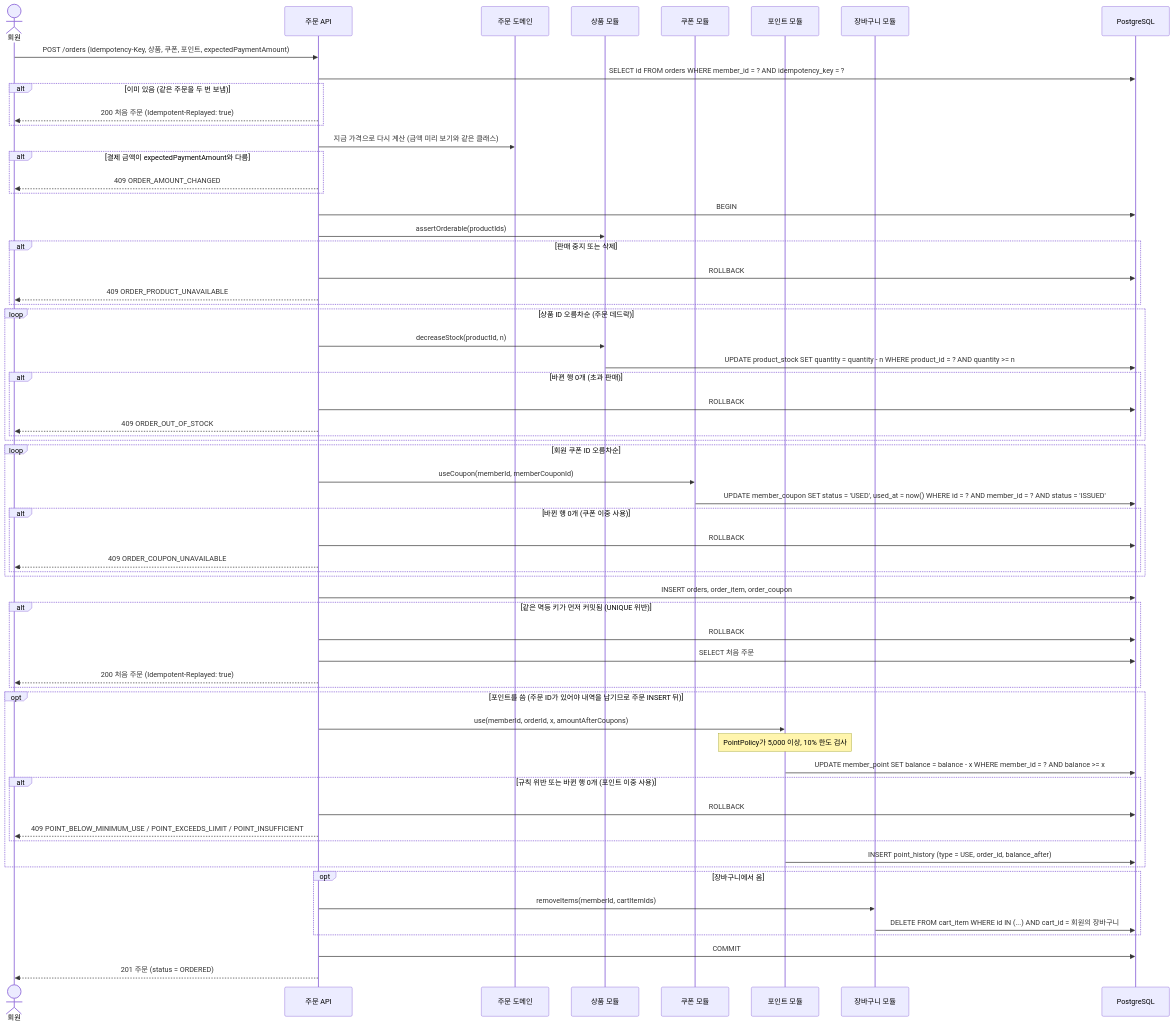
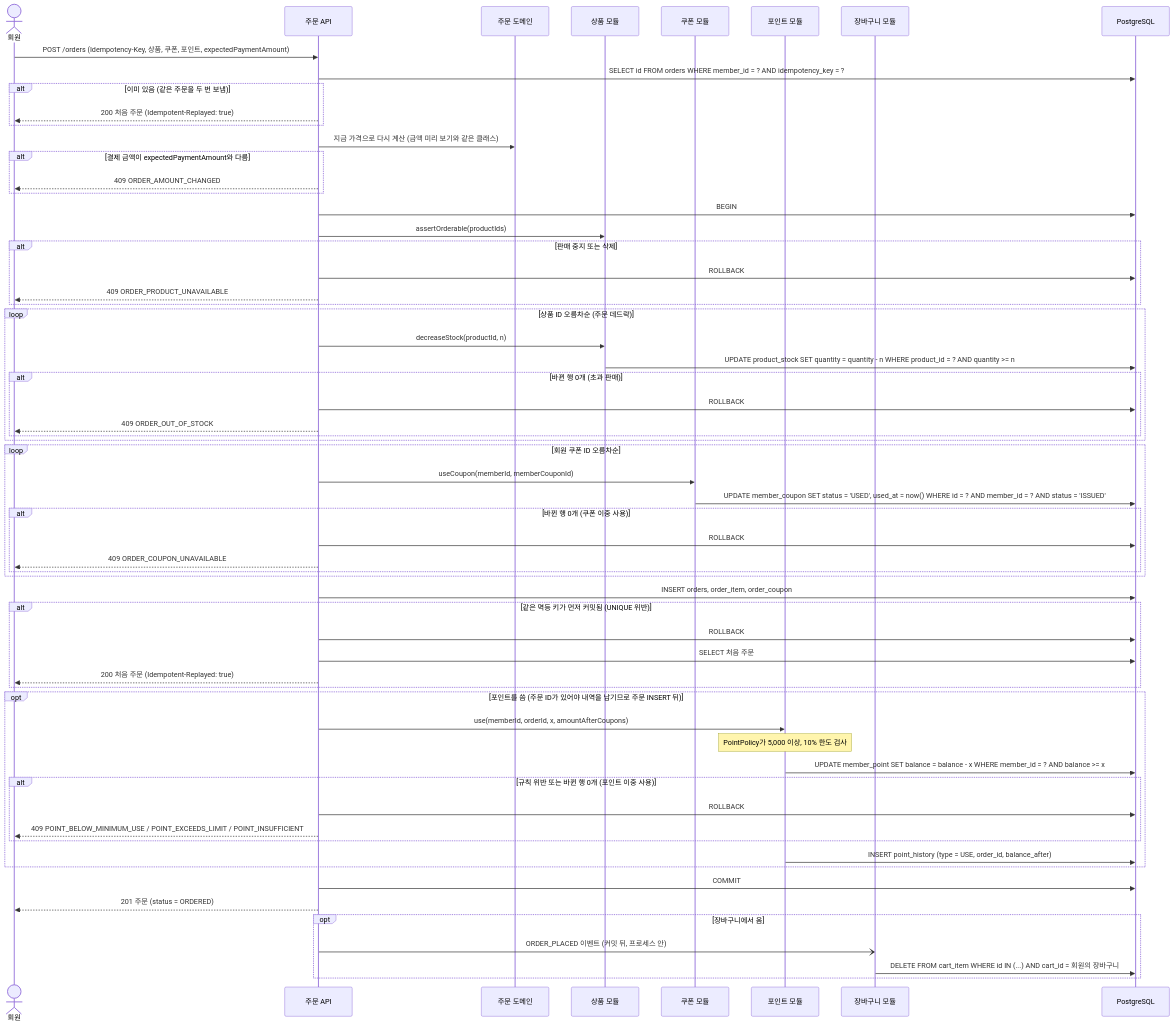
The third of 9 diagrams in docs/features/order/flows.md (KAPUIST/flash-gate), drawn with Mermaid before and after one commit. The commit also changed other lines of this file and 14 other files, not shown here.

````diff
--- a/docs/features/order/flows.md
+++ b/docs/features/order/flows.md
@@ -75,65 +75,65 @@
 ```mermaid
 sequenceDiagram
     actor U as 회원
     participant O as 주문 API
     participant D as 주문 도메인
     participant P as 상품 모듈
     participant CP as 쿠폰 모듈
     participant PT as 포인트 모듈
     participant C as 장바구니 모듈
     participant DB as PostgreSQL
 
     U->>O: POST /orders (Idempotency-Key, 상품, 쿠폰, 포인트, expectedPaymentAmount)
     O->>DB: SELECT id FROM orders WHERE member_id = ? AND idempotency_key = ?
     alt 이미 있음 (같은 주문을 두 번 보냄)
         O-->>U: 200 처음 주문 (Idempotent-Replayed: true)
     end
     O->>D: 지금 가격으로 다시 계산 (금액 미리 보기와 같은 클래스)
     alt 결제 금액이 expectedPaymentAmount와 다름
         O-->>U: 409 ORDER_AMOUNT_CHANGED
     end
     O->>DB: BEGIN
     O->>P: assertOrderable(productIds)
     alt 판매 중지 또는 삭제
         O->>DB: ROLLBACK
         O-->>U: 409 ORDER_PRODUCT_UNAVAILABLE
     end
     loop 상품 ID 오름차순 (주문 데드락)
         O->>P: decreaseStock(productId, n)
         P->>DB: UPDATE product_stock SET quantity = quantity - n WHERE product_id = ? AND quantity >= n
         alt 바뀐 행 0개 (초과 판매)
             O->>DB: ROLLBACK
             O-->>U: 409 ORDER_OUT_OF_STOCK
         end
     end
     loop 회원 쿠폰 ID 오름차순
         O->>CP: useCoupon(memberId, memberCouponId)
         CP->>DB: UPDATE member_coupon SET status = 'USED', used_at = now() WHERE id = ? AND member_id = ? AND status = 'ISSUED'
         alt 바뀐 행 0개 (쿠폰 이중 사용)
             O->>DB: ROLLBACK
             O-->>U: 409 ORDER_COUPON_UNAVAILABLE
         end
     end
     O->>DB: INSERT orders, order_item, order_coupon
     alt 같은 멱등 키가 먼저 커밋됨 (UNIQUE 위반)
         O->>DB: ROLLBACK
         O->>DB: SELECT 처음 주문
         O-->>U: 200 처음 주문 (Idempotent-Replayed: true)
     end
     opt 포인트를 씀 (주문 ID가 있어야 내역을 남기므로 주문 INSERT 뒤)
         O->>PT: use(memberId, orderId, x, amountAfterCoupons)
         Note over PT: PointPolicy가 5,000 이상, 10% 한도 검사
         PT->>DB: UPDATE member_point SET balance = balance - x WHERE member_id = ? AND balance >= x
         alt 규칙 위반 또는 바뀐 행 0개 (포인트 이중 사용)
             O->>DB: ROLLBACK
             O-->>U: 409 POINT_BELOW_MINIMUM_USE / POINT_EXCEEDS_LIMIT / POINT_INSUFFICIENT
         end
         PT->>DB: INSERT point_history (type = USE, order_id, balance_after)
     end
+    O->>DB: COMMIT
+    O-->>U: 201 주문 (status = ORDERED)
     opt 장바구니에서 옴
-        O->>C: removeItems(memberId, cartItemIds)
+        O-)C: ORDER_PLACED 이벤트 (커밋 뒤, 프로세스 안)
         C->>DB: DELETE FROM cart_item WHERE id IN (...) AND cart_id = 회원의 장바구니
     end
-    O->>DB: COMMIT
-    O-->>U: 201 주문 (status = ORDERED)
 ```
````
